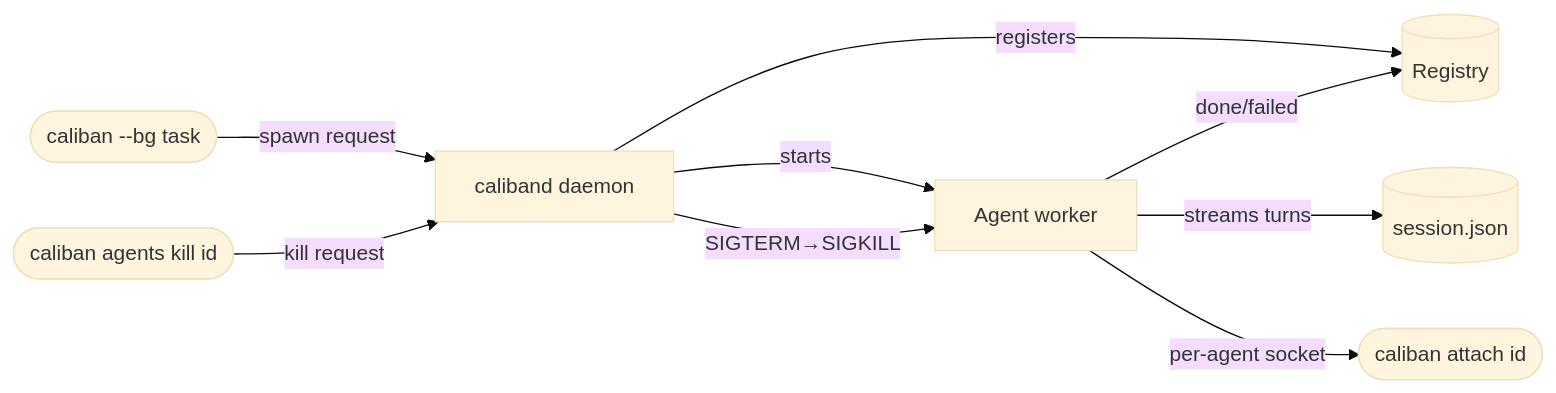
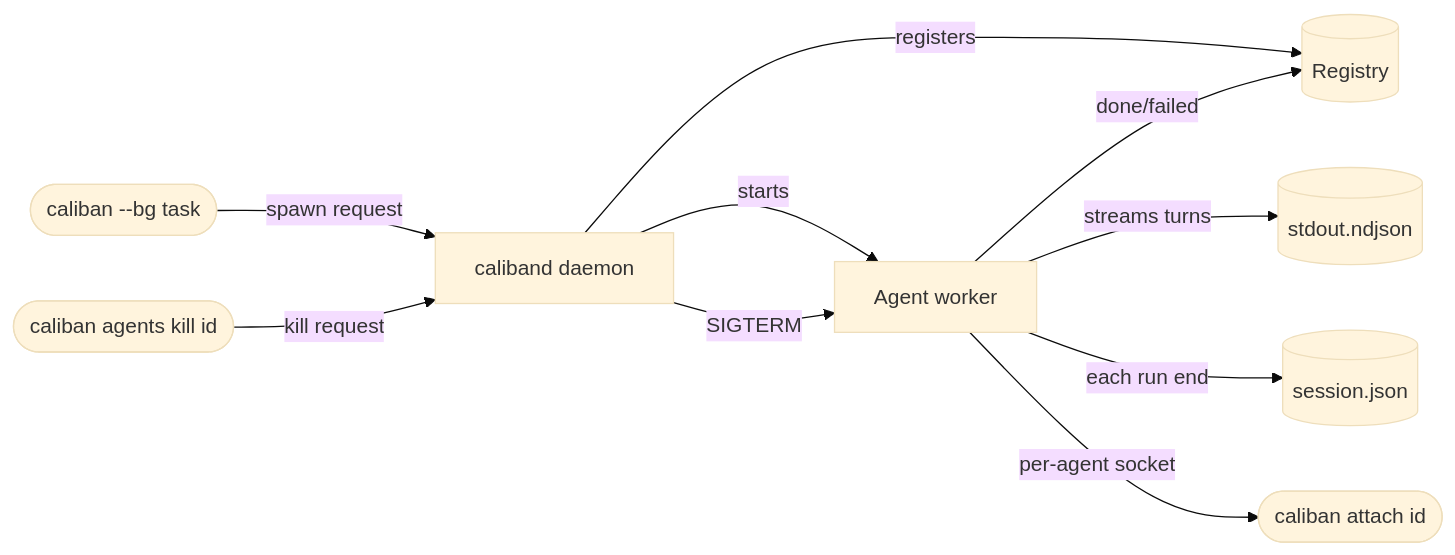
The diagram in docs/guide/src/subagents/background-fleet.md (caliban-ai/caliban), drawn with Mermaid (base theme) before and after one commit. The commit also changed other lines of this file and 35 other files, not shown here.

````diff
--- a/docs/guide/src/subagents/background-fleet.md
+++ b/docs/guide/src/subagents/background-fleet.md
@@ -211,11 +255,12 @@
 ```mermaid
 flowchart LR
     A([caliban --bg task]) -->|spawn request| D[caliband daemon]
     D -->|registers| R[(Registry)]
     D -->|starts| W[Agent worker]
-    W -->|streams turns| S[(session.json)]
+    W -->|streams turns| S[(stdout.ndjson)]
+    W -->|each run end| J[(session.json)]
     W -->|per-agent socket| T([caliban attach id])
     W -->|done/failed| R
     T2([caliban agents kill id]) -->|kill request| D
-    D -->|SIGTERM→SIGKILL| W
+    D -->|SIGTERM| W
 ```
````
